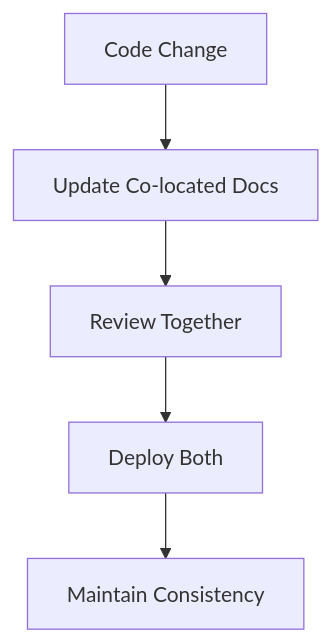
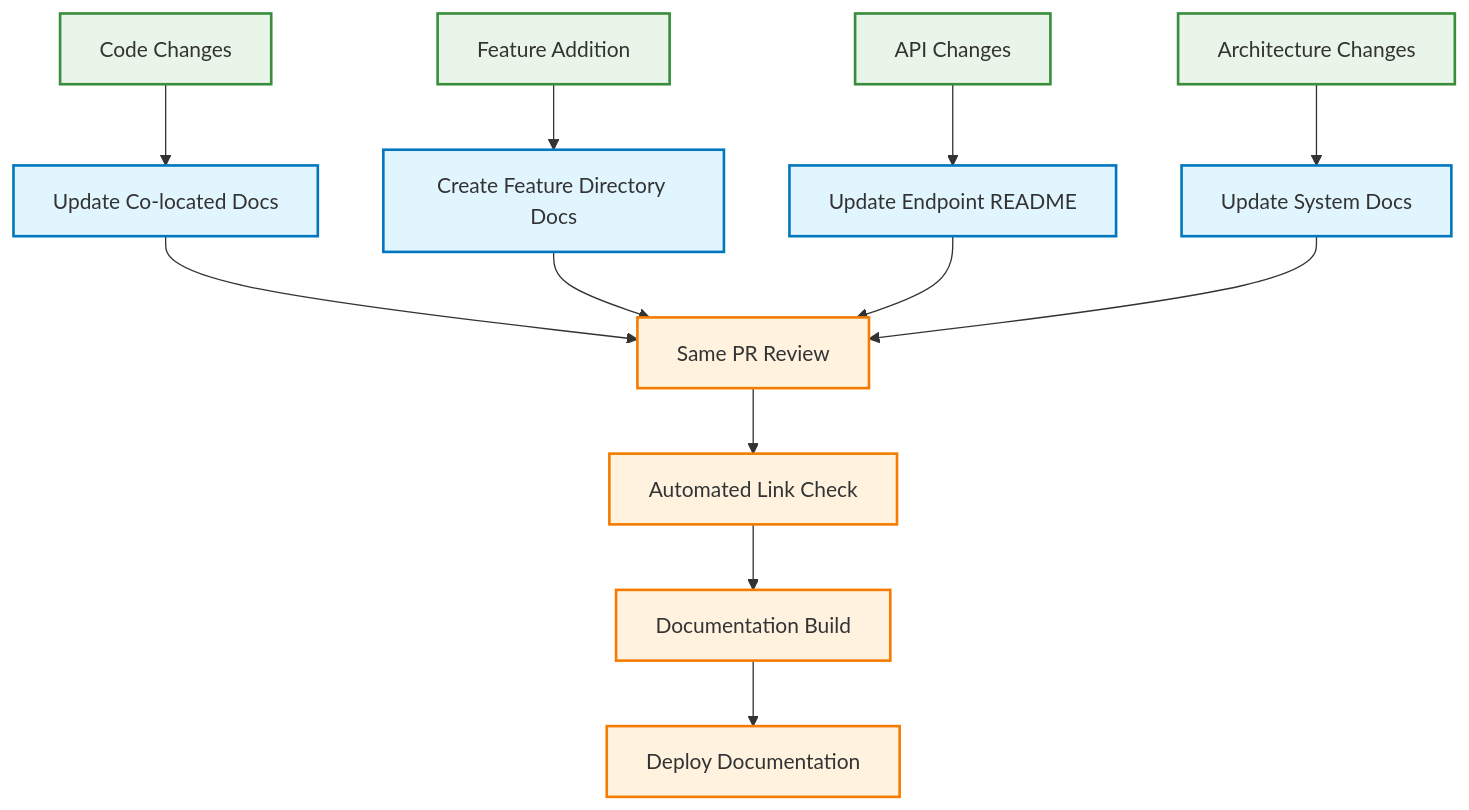
Before and after one commit to Underwood-Inc/idling.app__UI: the fourth of 5 diagrams in DOCUMENTATION_ARCHITECTURE.md, drawn with Mermaid. The commit also changed other lines of this file and 115 other files, not shown here.

````diff
--- a/DOCUMENTATION_ARCHITECTURE.md
+++ b/DOCUMENTATION_ARCHITECTURE.md
@@ -220,7 +240,24 @@
 ```mermaid
 graph TD
-    A[Code Change] --> B[Update Co-located Docs]
-    B --> C[Review Together]
-    C --> D[Deploy Both]
-    D --> E[Maintain Consistency]
+    A[Code Changes] --> B[Update Co-located Docs]
+    C[Feature Addition] --> D[Create Feature Directory Docs]
+    E[API Changes] --> F[Update Endpoint README]
+    G[Architecture Changes] --> H[Update System Docs]
+
+    B --> I[Same PR Review]
+    D --> I
+    F --> I
+    H --> I
+
+    I --> J[Automated Link Check]
+    J --> K[Documentation Build]
+    K --> L[Deploy Documentation]
+
+    classDef code fill:#e8f5e8,stroke:#388e3c,stroke-width:2px
+    classDef docs fill:#e1f5fe,stroke:#0277bd,stroke-width:2px
+    classDef process fill:#fff3e0,stroke:#f57c00,stroke-width:2px
+
+    class A,C,E,G code
+    class B,D,F,H docs
+    class I,J,K,L process
 ```
````
